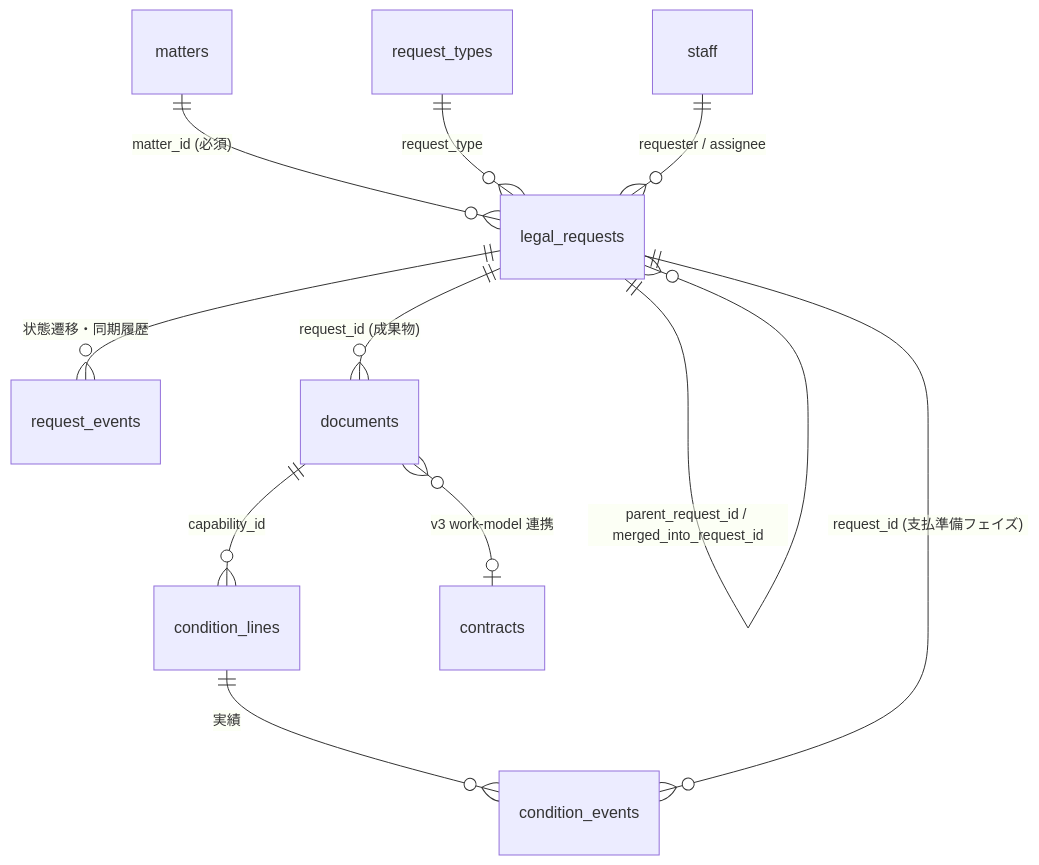
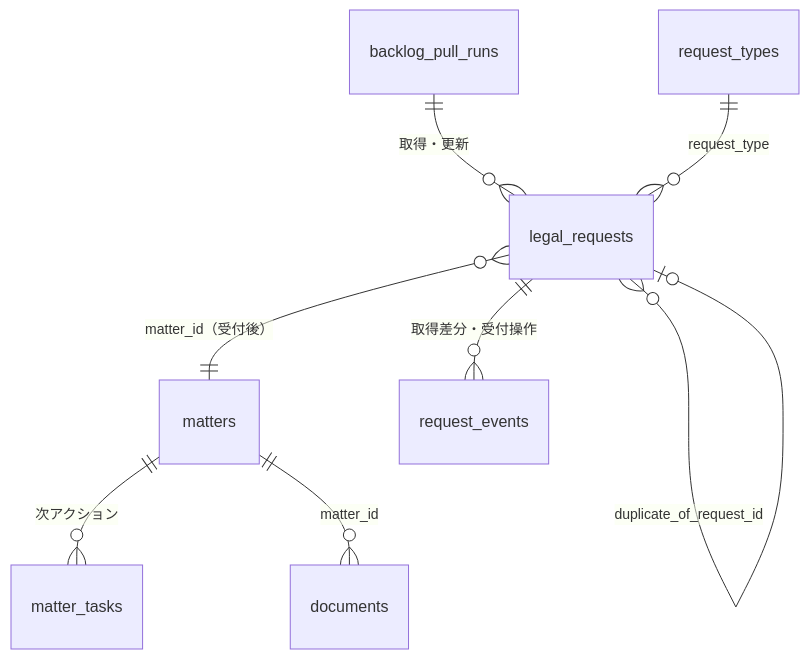
One commit to tatsuyakuramchi/LegalBridge_AI_GCP changed the diagram in docs/design/v3-backlog-request-scheme.md. Above: the diagram before and after it, drawn with Mermaid. The commit also changed other lines of this file and 1 other file, not shown here.

First line of the commit message:
docs(design): v3 依頼管理を受付箱＋Backlog pull 方式に改訂

````diff
--- a/docs/design/v3-backlog-request-scheme.md
+++ b/docs/design/v3-backlog-request-scheme.md
@@ -89,13 +73,10 @@
 ```mermaid
 erDiagram
-  matters ||--o{ legal_requests : "matter_id (必須)"
-  legal_requests ||--o{ legal_requests : "parent_request_id / merged_into_request_id"
+  backlog_pull_runs ||--o{ legal_requests : "取得・更新"
+  legal_requests }o--|| matters : "matter_id（受付後）"
+  legal_requests }o--o| legal_requests : "duplicate_of_request_id"
+  legal_requests ||--o{ request_events : "取得差分・受付操作"
   request_types ||--o{ legal_requests : "request_type"
-  legal_requests ||--o{ request_events : "状態遷移・同期履歴"
-  legal_requests ||--o{ documents : "request_id (成果物)"
-  documents ||--o{ condition_lines : "capability_id"
-  condition_lines ||--o{ condition_events : "実績"
-  legal_requests ||--o{ condition_events : "request_id (支払準備フェイズ)"
-  staff ||--o{ legal_requests : "requester / assignee"
-  documents }o--o| contracts : "v3 work-model 連携"
+  matters ||--o{ matter_tasks : "次アクション"
+  matters ||--o{ documents : "matter_id"
 ```
````
